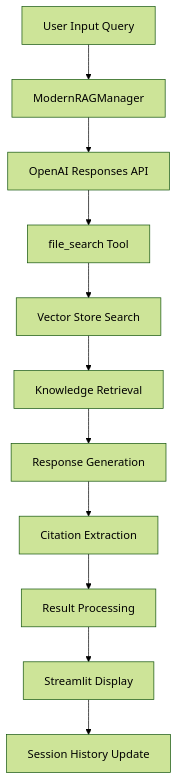
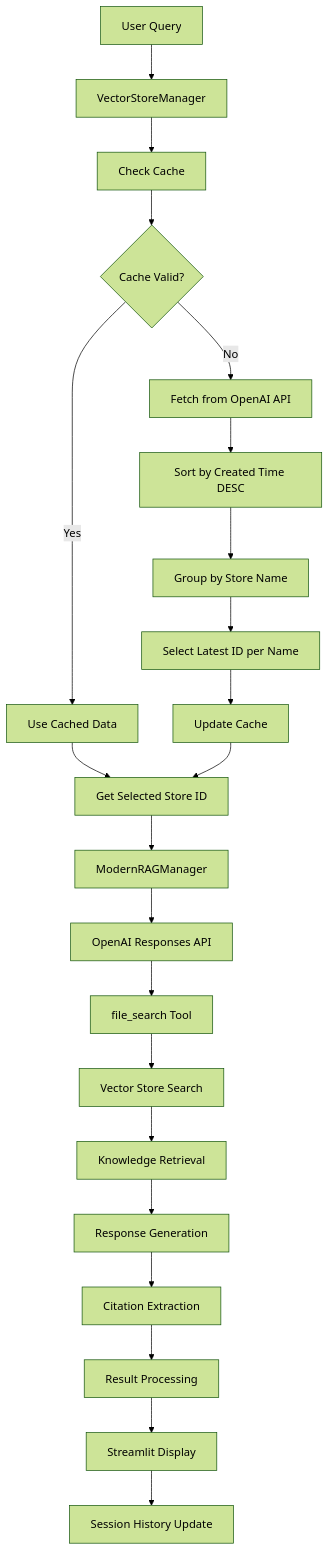
Before and after one commit to nakashima2toshio/openai_rag_app: the fourth of 15 diagrams in doc/a30_30_rag_search.md, drawn with Mermaid (forest theme). The commit also changed other lines of this file, not shown here.

````diff
--- a/doc/a30_30_rag_search.md
+++ b/doc/a30_30_rag_search.md
@@ -130,13 +158,24 @@
 ```mermaid
 graph TD
-    A["User Input Query"] --> B["ModernRAGManager"]
-    B --> C["OpenAI Responses API"]
-    C --> D["file_search Tool"]
-    D --> E["Vector Store Search"]
-    E --> F["Knowledge Retrieval"]
-    F --> G["Response Generation"]
-    G --> H["Citation Extraction"]
-    H --> I["Result Processing"]
-    I --> J["Streamlit Display"]
-    J --> K["Session History Update"]
+    A["User Query"] --> B["VectorStoreManager"]
+    B --> C["Check Cache"]
+    C --> D{"Cache Valid?"}
+    D -->|No| E["Fetch from OpenAI API"]
+    D -->|Yes| F["Use Cached Data"]
+    E --> G["Sort by Created Time DESC"]
+    G --> H["Group by Store Name"]
+    H --> I["Select Latest ID per Name"]
+    I --> J["Update Cache"]
+    F --> K["Get Selected Store ID"]
+    J --> K
+    K --> L["ModernRAGManager"]
+    L --> M["OpenAI Responses API"]
+    M --> N["file_search Tool"]
+    N --> O["Vector Store Search"]
+    O --> P["Knowledge Retrieval"]
+    P --> Q["Response Generation"]
+    Q --> R["Citation Extraction"]
+    R --> S["Result Processing"]
+    S --> T["Streamlit Display"]
+    T --> U["Session History Update"]
 ```
````
